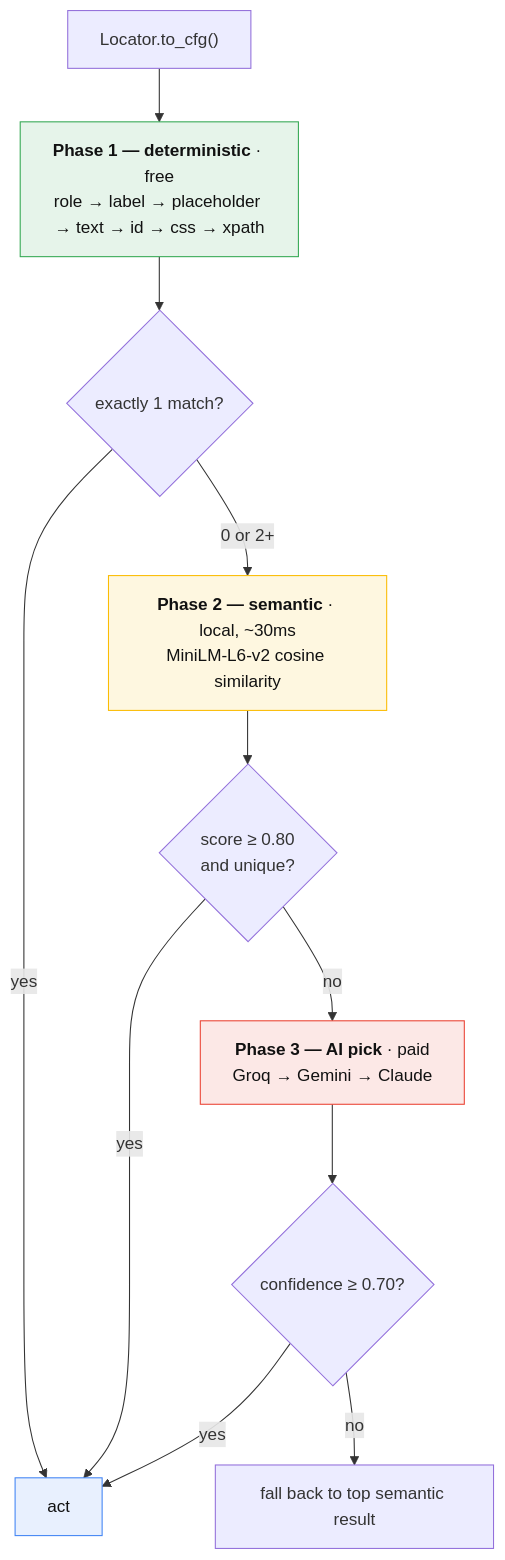
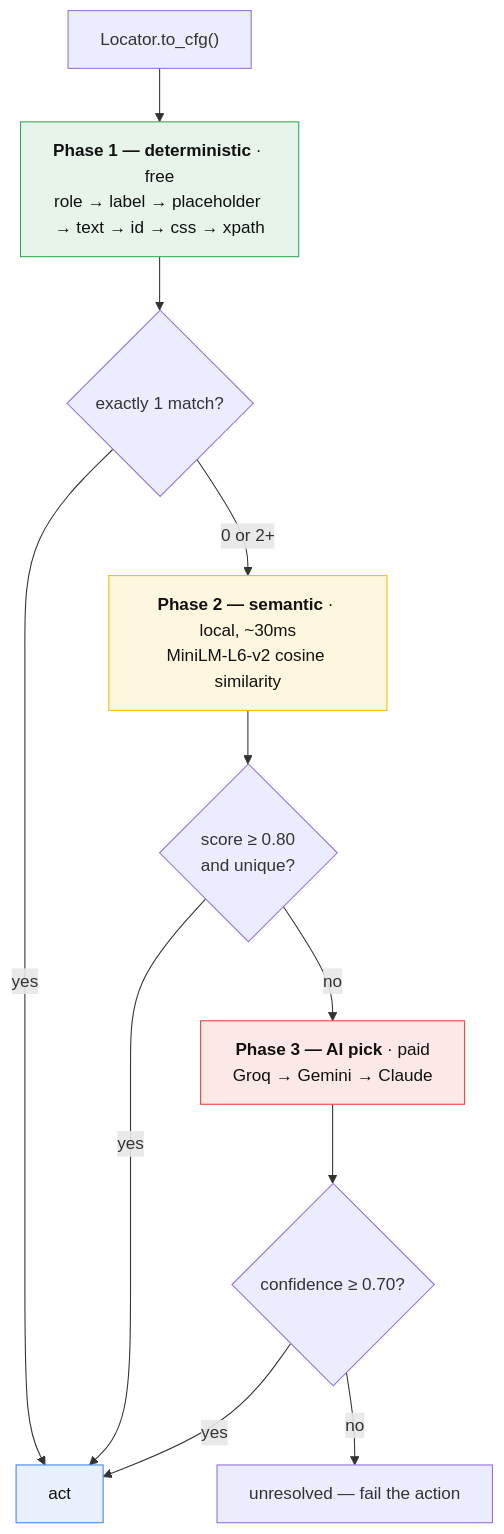
The second of 3 diagrams in README.md (hamilton-sky/playwright-stepper-framework), drawn with Mermaid before and after one commit. The commit also changed other lines of this file and 14 other files, not shown here.

````diff
--- a/README.md
+++ b/README.md
@@ -104,18 +106,18 @@
 ```mermaid
 flowchart TD
     CFG["Locator.to_cfg()"] --> P1["<b>Phase 1 — deterministic</b> · free<br/>role → label → placeholder → text → id → css → xpath"]
     P1 --> Q1{"exactly 1 match?"}
     Q1 -->|yes| ACT["act"]
     Q1 -->|"0 or 2+"| P2["<b>Phase 2 — semantic</b> · local, ~30ms<br/>MiniLM-L6-v2 cosine similarity"]
     P2 --> Q2{"score ≥ 0.80<br/>and unique?"}
     Q2 -->|yes| ACT
     Q2 -->|no| P3["<b>Phase 3 — AI pick</b> · paid<br/>Groq → Gemini → Claude"]
     P3 --> Q3{"confidence ≥ 0.70?"}
     Q3 -->|yes| ACT
-    Q3 -->|no| FB["fall back to top semantic result"]
+    Q3 -->|no| FB["unresolved — fail the action"]
 
     style P1 fill:#e6f4ea,stroke:#34a853,color:#111
     style P2 fill:#fef7e0,stroke:#fbbc04,color:#111
     style P3 fill:#fce8e6,stroke:#ea4335,color:#111
     style ACT fill:#e8f0fe,stroke:#4285f4,color:#111
 ```
````
